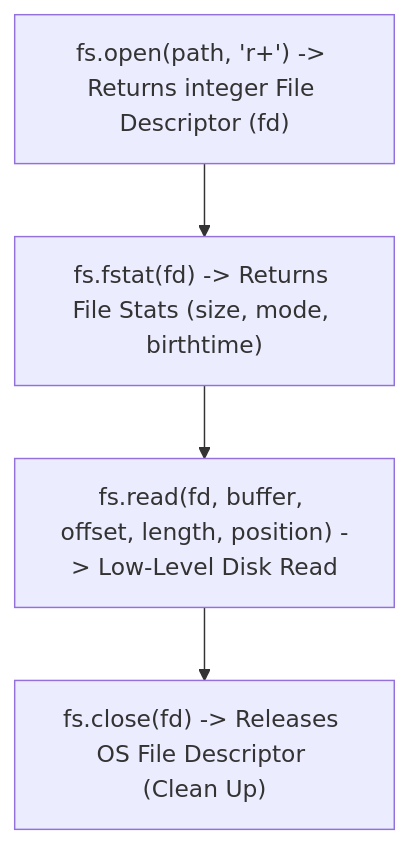
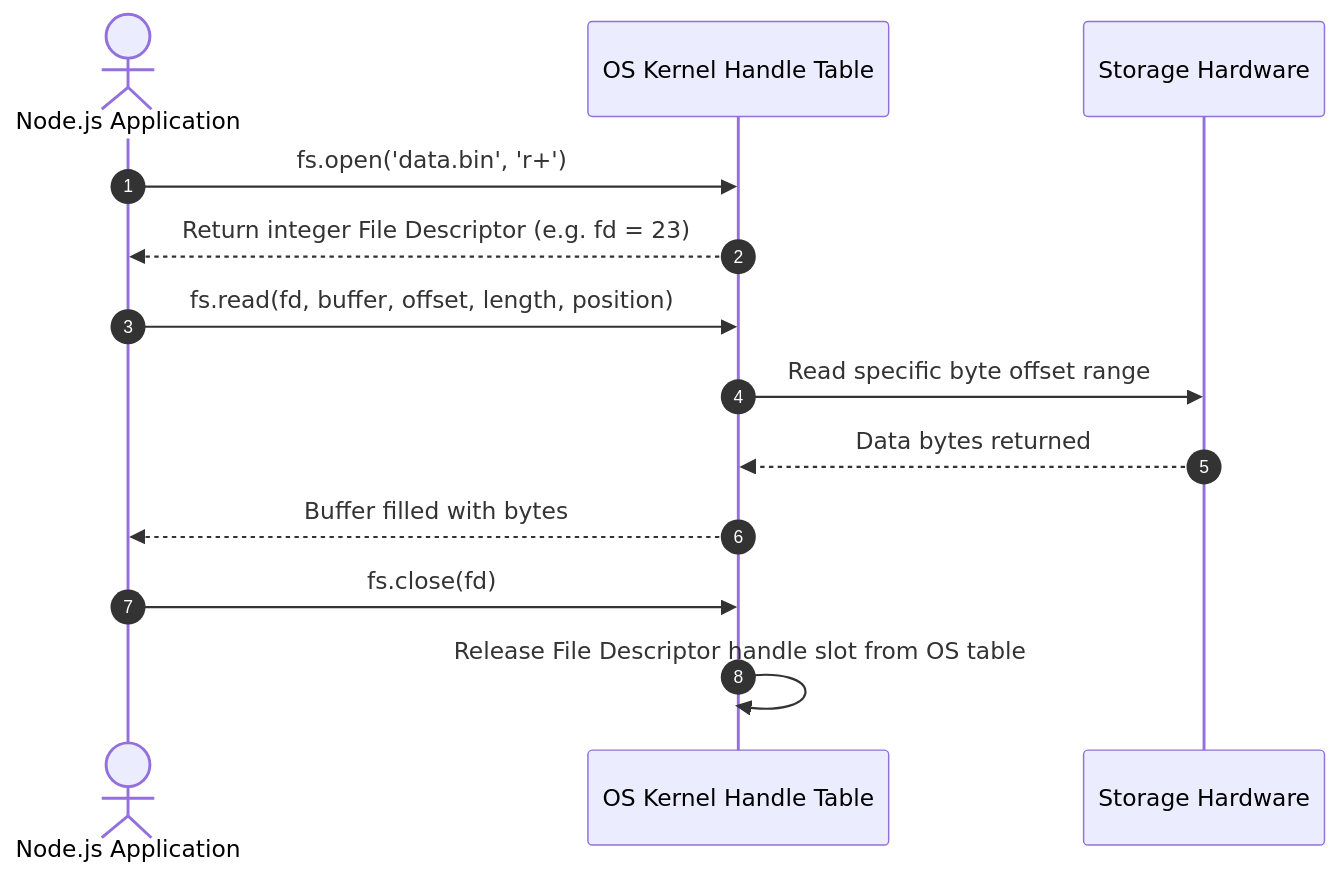
Before and after one commit to Amie-dev/engineering-playbook: the first of 2 diagrams in nodejs-notes/08-fs-advanced.md, drawn with Mermaid. The commit also changed other lines of this file and 32 other files, not shown here.

````diff
--- a/nodejs-notes/08-fs-advanced.md
+++ b/nodejs-notes/08-fs-advanced.md
@@ -10,6 +15,18 @@
 ```mermaid
-flowchart TD
-    Open["fs.open(path, 'r+') -> Returns integer File Descriptor (fd)"] --> Stat["fs.fstat(fd) -> Returns File Stats (size, mode, birthtime)"]
-    Stat --> Read["fs.read(fd, buffer, offset, length, position) -> Low-Level Disk Read"]
-    Read --> Close["fs.close(fd) -> Releases OS File Descriptor (Clean Up)"]
+sequenceDiagram
+    autonumber
+    actor App as Node.js Application
+    participant Kernel as OS Kernel Handle Table
+    participant Disk as Storage Hardware
+
+    App->>Kernel: fs.open('data.bin', 'r+')
+    Kernel-->>App: Return integer File Descriptor (e.g. fd = 23)
+    
+    App->>Kernel: fs.read(fd, buffer, offset, length, position)
+    Kernel->>Disk: Read specific byte offset range
+    Disk-->>Kernel: Data bytes returned
+    Kernel-->>App: Buffer filled with bytes
+    
+    App->>Kernel: fs.close(fd)
+    Kernel->>Kernel: Release File Descriptor handle slot from OS table
 ```
````
